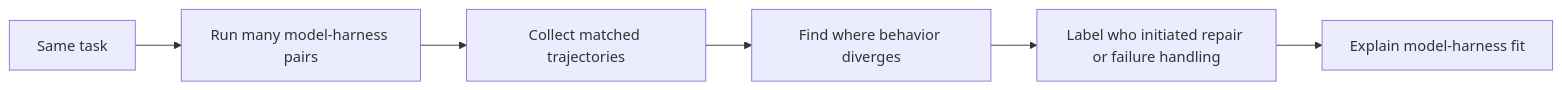
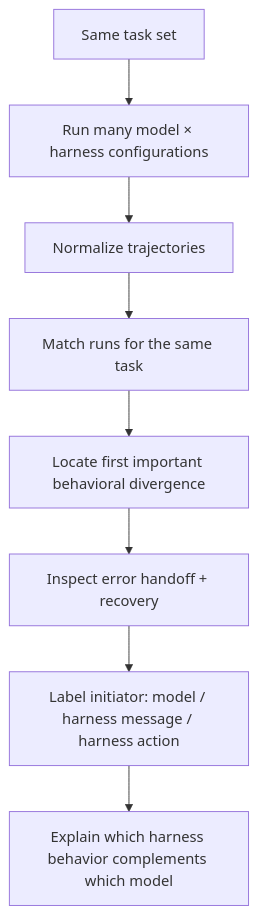
Before and after one commit to ShadowKingYT444/harness-papers-daily: the diagram in _analyses/2610.00917.md, drawn with Mermaid. The commit also changed other lines of this file and 37 other files, not shown here.

````diff
--- a/_analyses/2610.00917.md
+++ b/_analyses/2610.00917.md
@@ -21,8 +39,10 @@
-```mermaid
-flowchart LR
-    A[Same task] --> B[Run many model-harness pairs]
-    B --> C[Collect matched trajectories]
-    C --> D[Find where behavior diverges]
-    D --> E[Label who initiated repair or failure handling]
-    E --> F[Explain model-harness fit]
-```
+~~~mermaid
+flowchart TD
+    A["Same task set"] --> B["Run many model × harness configurations"]
+    B --> C["Normalize trajectories"]
+    C --> D["Match runs for the same task"]
+    D --> E["Locate first important behavioral divergence"]
+    E --> F["Inspect error handoff + recovery"]
+    F --> G["Label initiator: model / harness message / harness action"]
+    G --> H["Explain which harness behavior complements which model"]
+~~~
````
